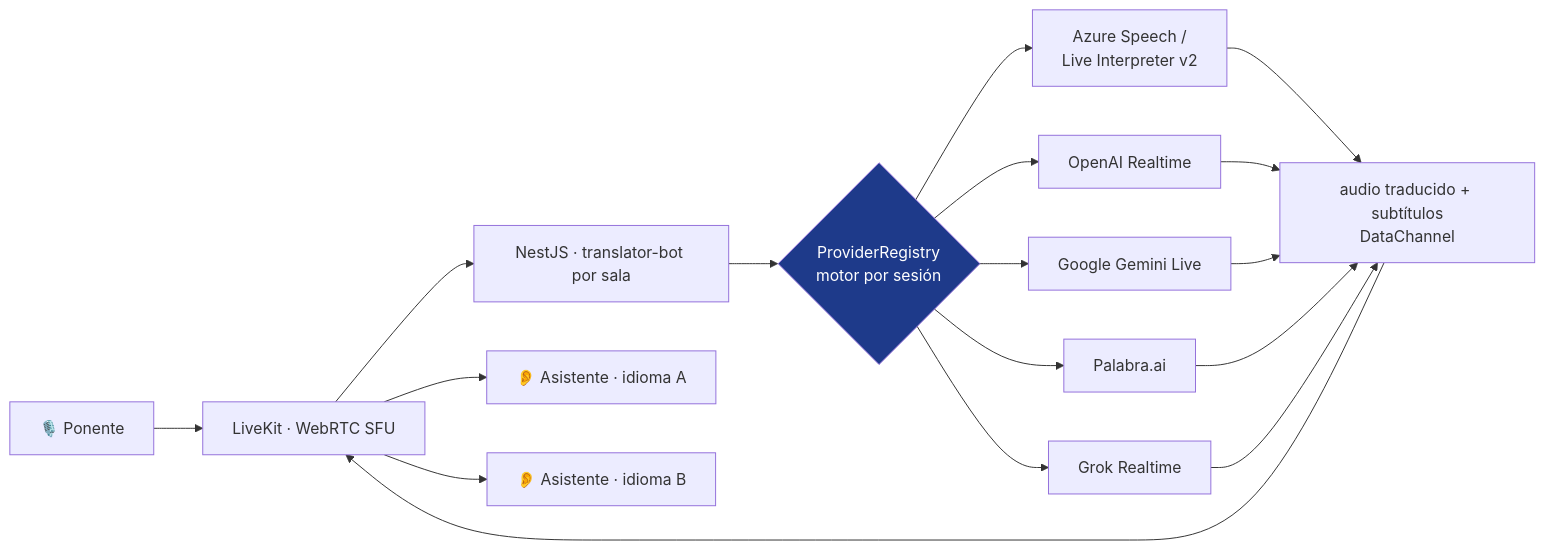
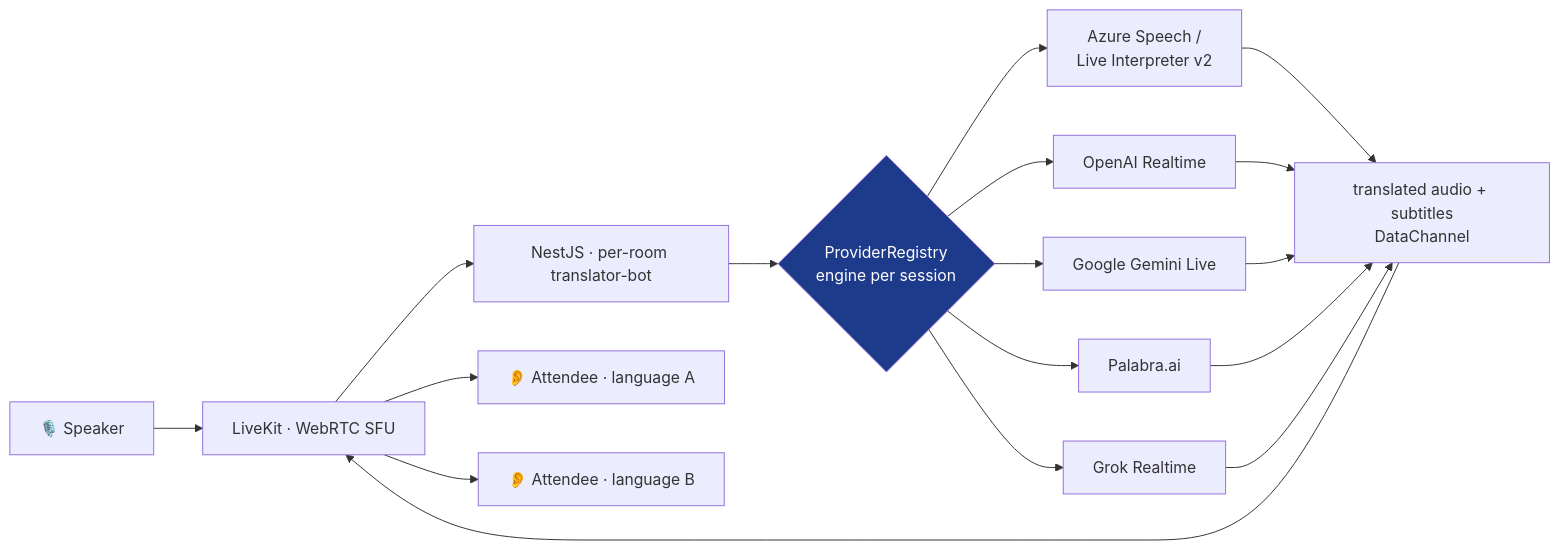
One commit to aleglope/production-systems-case-studies changed the diagram in projects/congress-translation.md. Above: the diagram before and after it, drawn with Mermaid. The commit also changed other lines of this file and 25 other files, not shown here.

````diff
--- a/projects/congress-translation.md
+++ b/projects/congress-translation.md
@@ -17,21 +19,21 @@
 ```mermaid
 flowchart LR
-    SP["🎙️ Ponente"] --> LK["LiveKit · WebRTC SFU"]
-    LK --> BOT["NestJS · translator-bot por sala"]
-    BOT --> REG{"ProviderRegistry<br/>motor por sesión"}
+    SP["🎙️ Speaker"] --> LK["LiveKit · WebRTC SFU"]
+    LK --> BOT["NestJS · per-room translator-bot"]
+    BOT --> REG{"ProviderRegistry<br/>engine per session"}
     REG --> AZ["Azure Speech /<br/>Live Interpreter v2"]
     REG --> OAI["OpenAI Realtime"]
     REG --> GEM["Google Gemini Live"]
     REG --> PAL["Palabra.ai"]
     REG --> GRK["Grok Realtime"]
-    AZ --> OUT["audio traducido + subtítulos<br/>DataChannel"]
+    AZ --> OUT["translated audio + subtitles<br/>DataChannel"]
     OAI --> OUT
     GEM --> OUT
     PAL --> OUT
     GRK --> OUT
     OUT --> LK
-    LK --> A1["👂 Asistente · idioma A"]
-    LK --> A2["👂 Asistente · idioma B"]
+    LK --> A1["👂 Attendee · language A"]
+    LK --> A2["👂 Attendee · language B"]
 
     style REG fill:#1e3a8a,color:#fff
 ```
````
